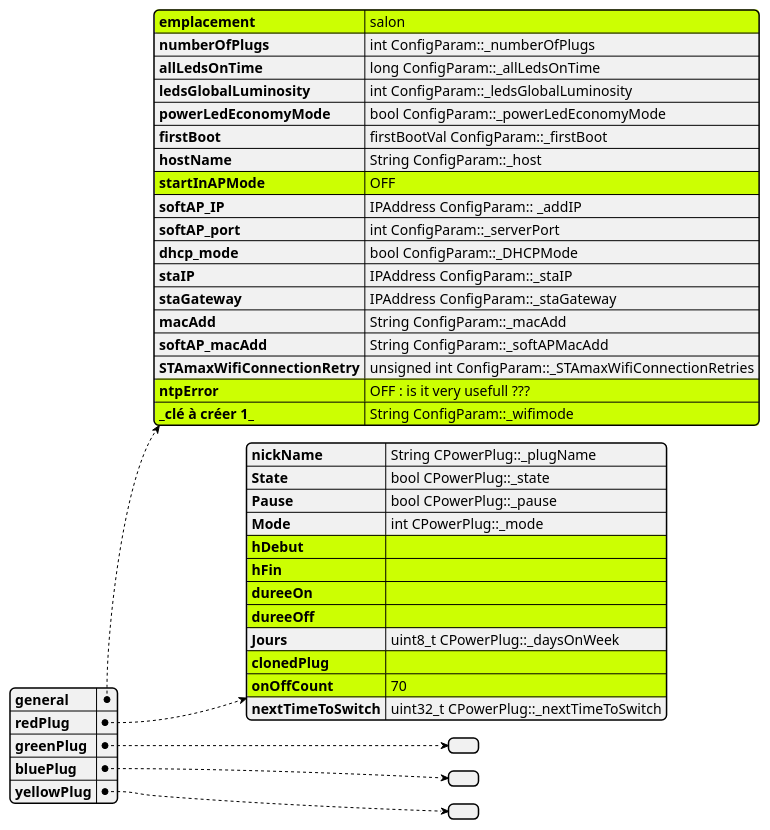
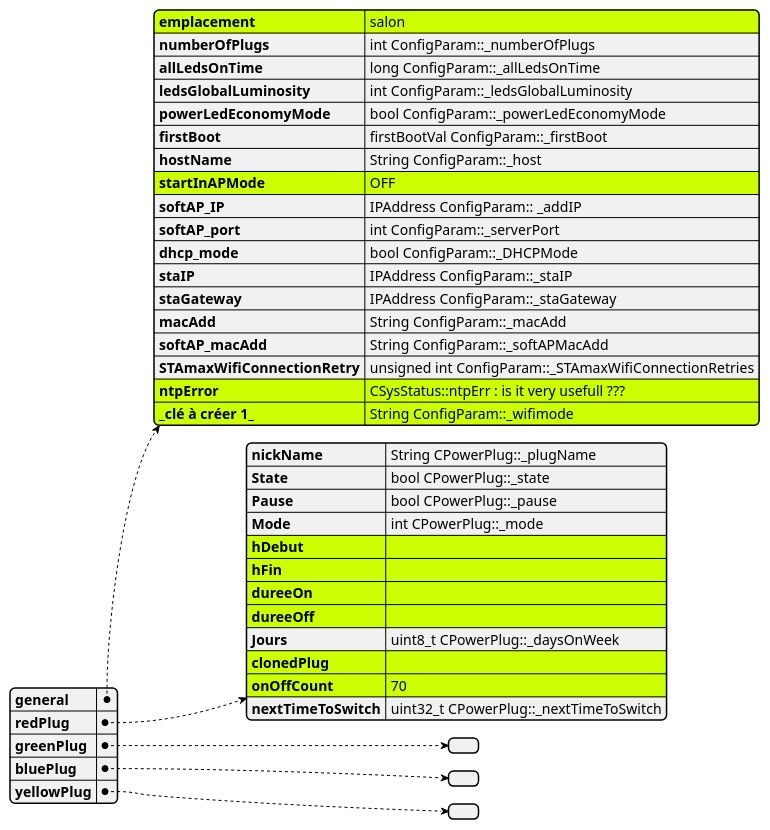
One commit to volab/IoT_EPS changed the diagram in _1_userDoc/source/graphviz/config4jsonVsVariables.wsd. Above: the diagram before and after it, drawn with PlantUML. The commit also changed 8 other files, not shown here.

```diff
--- a/_1_userDoc/source/graphviz/config4jsonVsVariables.wsd
+++ b/_1_userDoc/source/graphviz/config4jsonVsVariables.wsd
@@ -1,57 +1,57 @@
 @startjson
 #highlight "general" / "emplacement"
 #highlight "general" / "ntpError"
 #highlight "general" / "_clé à créer 1_"
 #highlight "general" / "startInAPMode"
 #highlight "redPlug" / "hDebut"
 #highlight "redPlug" / "hFin"
 #highlight "redPlug" / "dureeOn"
 #highlight "redPlug" / "dureeOff"
 #highlight "redPlug" / "clonedPlug"
 #highlight "redPlug" / "onOffCount"
 
 {
   "general": {
     "emplacement": "salon",
     "numberOfPlugs": "int ConfigParam::_numberOfPlugs",
     "allLedsOnTime": "long ConfigParam::_allLedsOnTime",
     "ledsGlobalLuminosity": "int ConfigParam::_ledsGlobalLuminosity",
     "powerLedEconomyMode": "bool ConfigParam::_powerLedEconomyMode",
     "firstBoot": "firstBootVal ConfigParam::_firstBoot",
     "hostName": "String ConfigParam::_host",
     "startInAPMode": "OFF",
     "softAP_IP": "IPAddress ConfigParam:: _addIP",
     "softAP_port": "int ConfigParam::_serverPort",
     "dhcp_mode": "bool ConfigParam::_DHCPMode",
     "staIP": "IPAddress ConfigParam::_staIP",
     "staGateway": "IPAddress ConfigParam::_staGateway",
     "macAdd": "String ConfigParam::_macAdd",
     "softAP_macAdd": "String ConfigParam::_softAPMacAdd",
     "STAmaxWifiConnectionRetry": "unsigned int ConfigParam::_STAmaxWifiConnectionRetries",
-    "ntpError": "OFF : is it very usefull ???",
+    "ntpError": "CSysStatus::ntpErr : is it very usefull ???",
     "_clé à créer 1_":"String ConfigParam::_wifimode"
     
   },
   "redPlug": {
     "nickName": "String CPowerPlug::_plugName",
     "State": "bool CPowerPlug::_state",
     "Pause": "bool CPowerPlug::_pause",
     "Mode": "int CPowerPlug::_mode",
     "hDebut": "",
     "hFin": "",
     "dureeOn": "",
     "dureeOff": "",
     "Jours": "uint8_t CPowerPlug::_daysOnWeek",
     "clonedPlug": "",
     "onOffCount": "70",
     "nextTimeToSwitch": "uint32_t CPowerPlug::_nextTimeToSwitch"
   },
   "greenPlug": {
   },
   "bluePlug": {
   },
   "yellowPlug": {
   }
 }
 
 @endjson
```
